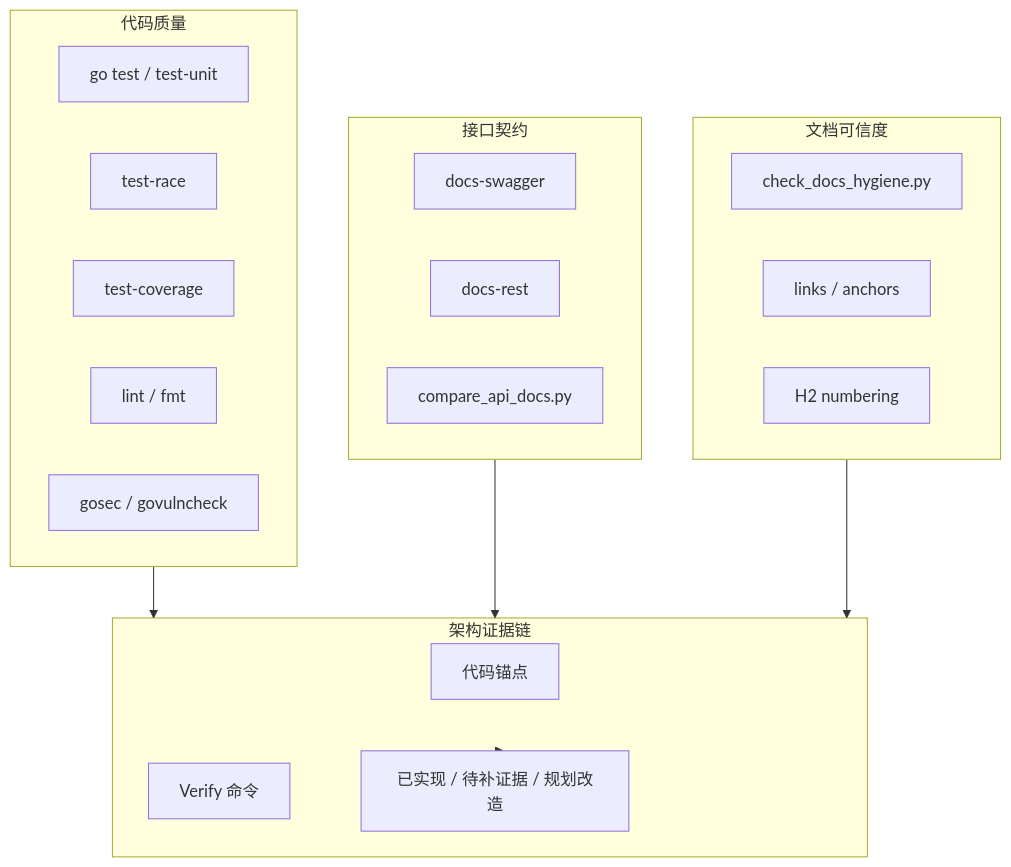
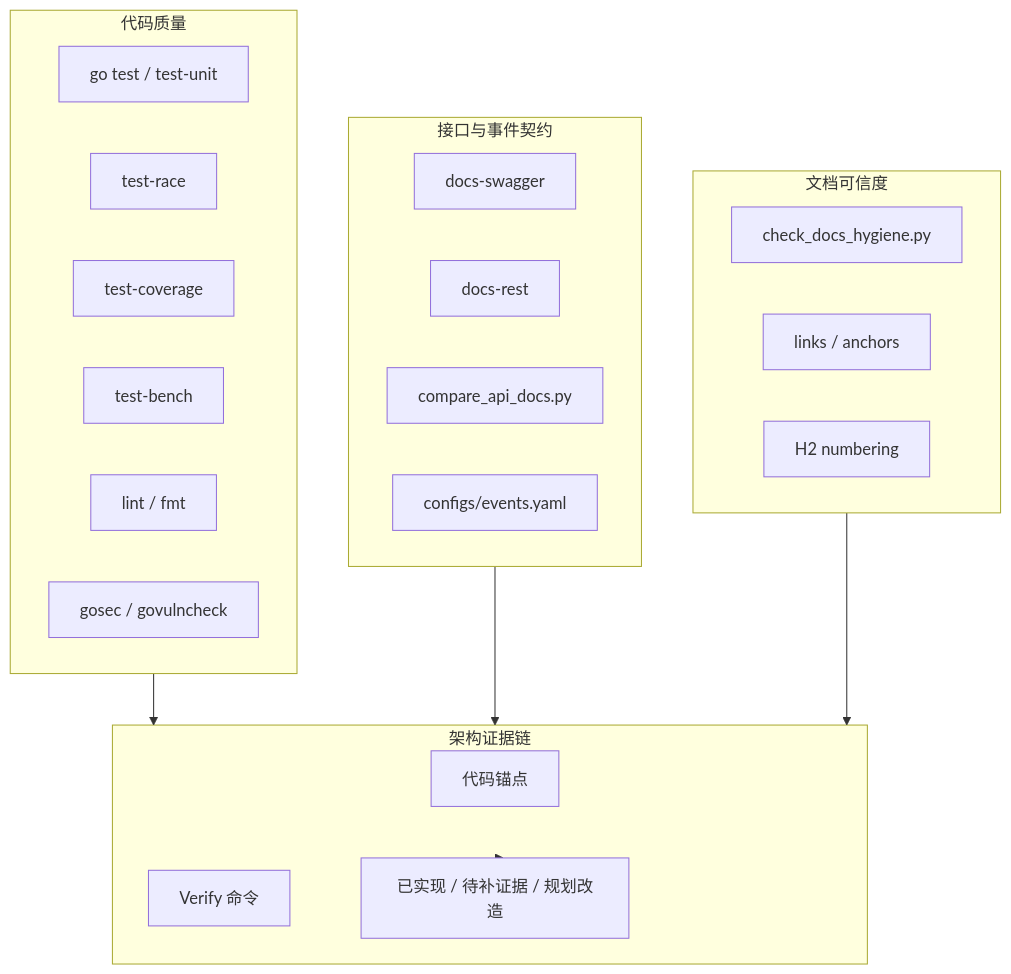
Before and after one commit to FangcunMount/qs-server: the first of 2 diagrams in docs/06-宣讲/08-工程质量与测试讲法.md, drawn with Mermaid. The commit also changed other lines of this file and 25 other files, not shown here.

````diff
--- a/docs/06-宣讲/08-工程质量与测试讲法.md
+++ b/docs/06-宣讲/08-工程质量与测试讲法.md
@@ -63,33 +174,35 @@
 ```mermaid
 flowchart TB
     subgraph Code["代码质量"]
         test["go test / test-unit"]
         race["test-race"]
         coverage["test-coverage"]
+        bench["test-bench"]
         lint["lint / fmt"]
         security["gosec / govulncheck"]
     end
 
-    subgraph Contract["接口契约"]
+    subgraph Contract["接口与事件契约"]
         swagger["docs-swagger"]
         rest["docs-rest"]
         compare["compare_api_docs.py"]
+        events["configs/events.yaml"]
     end
 
     subgraph Docs["文档可信度"]
         hygiene["check_docs_hygiene.py"]
         links["links / anchors"]
         h2["H2 numbering"]
     end
 
     subgraph Evidence["架构证据链"]
         anchors["代码锚点"]
         verify["Verify 命令"]
         status["已实现 / 待补证据 / 规划改造"]
     end
 
     Code --> Evidence
     Contract --> Evidence
     Docs --> Evidence
     Evidence --> status
 ```
````
